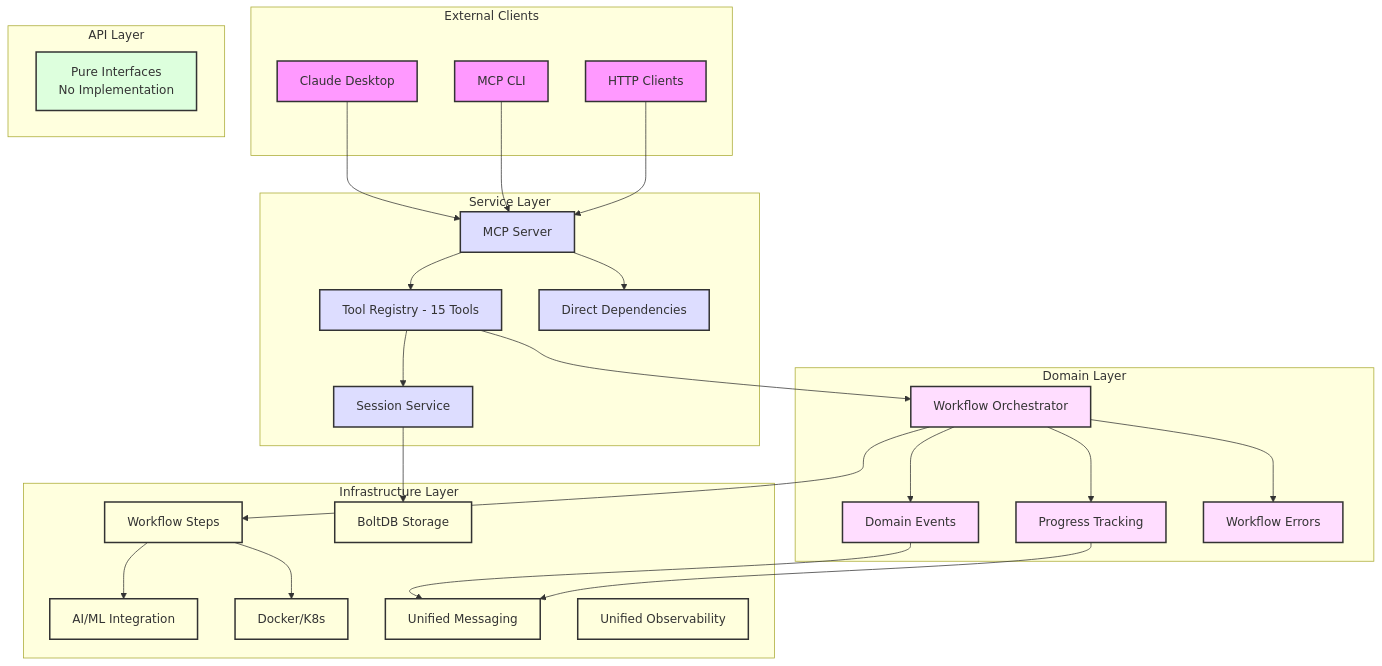
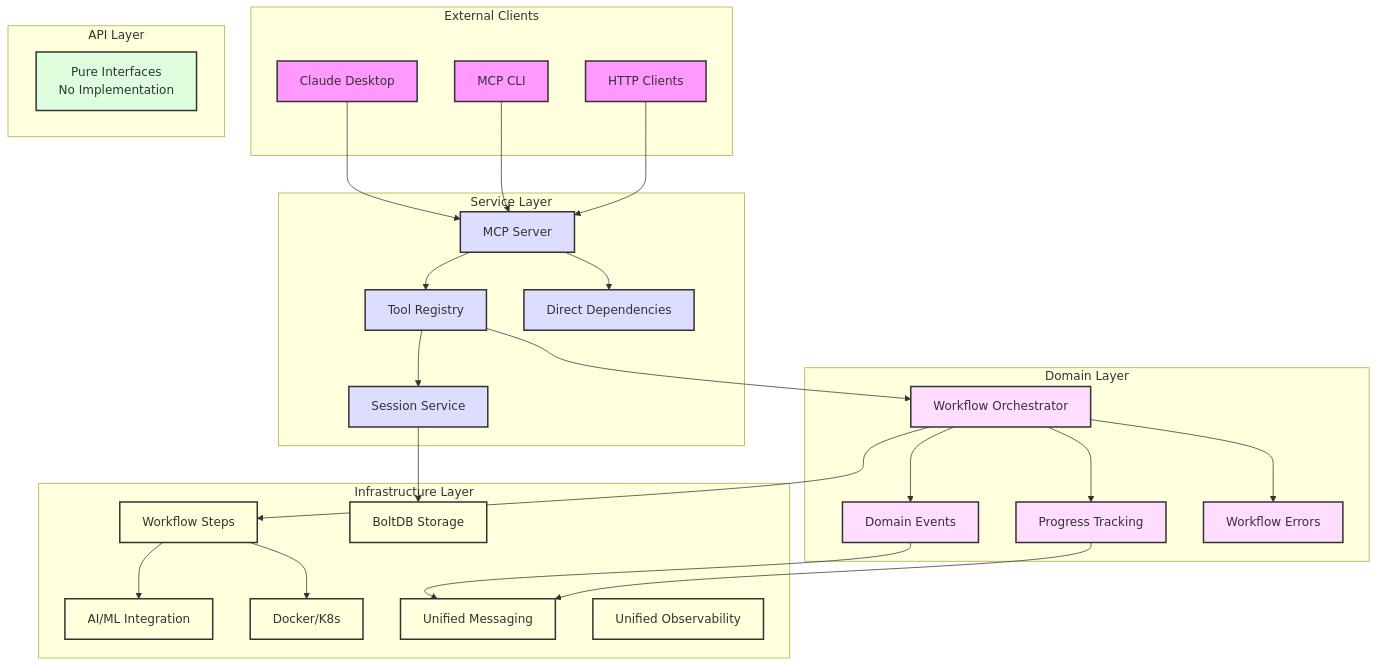
One commit to Azure/containerization-assist changed the first of 4 diagrams in docs/architecture/diagrams/README-architecture.md. Above: the diagram before and after it, drawn with Mermaid. The commit also changed other lines of this file and 15 other files, not shown here.

````diff
--- a/docs/architecture/diagrams/README-architecture.md
+++ b/docs/architecture/diagrams/README-architecture.md
@@ -5,71 +5,71 @@
 ```mermaid
 graph TB
     %% External layer
     subgraph "External Clients"
         Claude[Claude Desktop]
         CLI[MCP CLI]
         HTTP[HTTP Clients]
     end
 
     %% 4-Layer Architecture
     subgraph "API Layer"
         Interfaces[Pure Interfaces<br/>No Implementation]
     end
 
     subgraph "Service Layer"
         Server[MCP Server]
-        Tools[Tool Registry - 15 Tools]
+        Tools[Tool Registry]
         Session[Session Service]
         DI[Direct Dependencies]
     end
 
     subgraph "Domain Layer"
         Workflow[Workflow Orchestrator]
         Events[Domain Events]
         Progress[Progress Tracking]
         Errors[Workflow Errors]
     end
 
     subgraph "Infrastructure Layer"
         Steps[Workflow Steps]
         AI[AI/ML Integration]
         Docker[Docker/K8s]
         Storage[BoltDB Storage]
         Messaging[Unified Messaging]
         Observability[Unified Observability]
     end
 
     %% Connections
     Claude --> Server
     CLI --> Server
     HTTP --> Server
     
     Server --> Tools
     Tools --> Session
     Tools --> Workflow
     Server --> DI
     
     Workflow --> Events
     Workflow --> Progress
     Workflow --> Errors
     
     Workflow --> Steps
     Steps --> AI
     Steps --> Docker
     Session --> Storage
     Events --> Messaging
     Progress --> Messaging
 
     %% Styling
     classDef external fill:#f9f,stroke:#333,stroke-width:2px
     classDef api fill:#dfd,stroke:#333,stroke-width:2px
     classDef service fill:#ddf,stroke:#333,stroke-width:2px
     classDef domain fill:#fdf,stroke:#333,stroke-width:2px
     classDef infra fill:#ffd,stroke:#333,stroke-width:2px
     
     class Claude,CLI,HTTP external
     class Interfaces api
     class Server,Tools,Session,DI service
     class Workflow,Events,Progress,Errors domain
     class Steps,AI,Docker,Storage,Messaging,Observability infra
 ```
````
